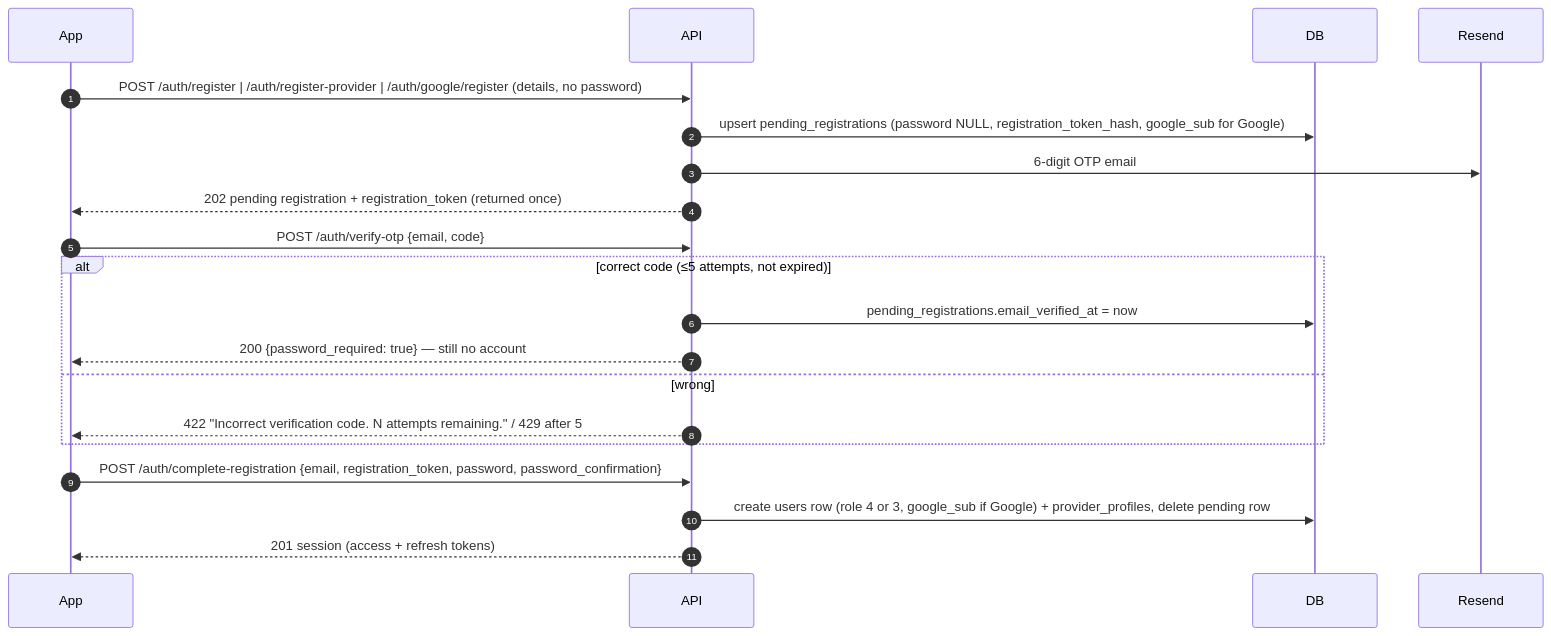
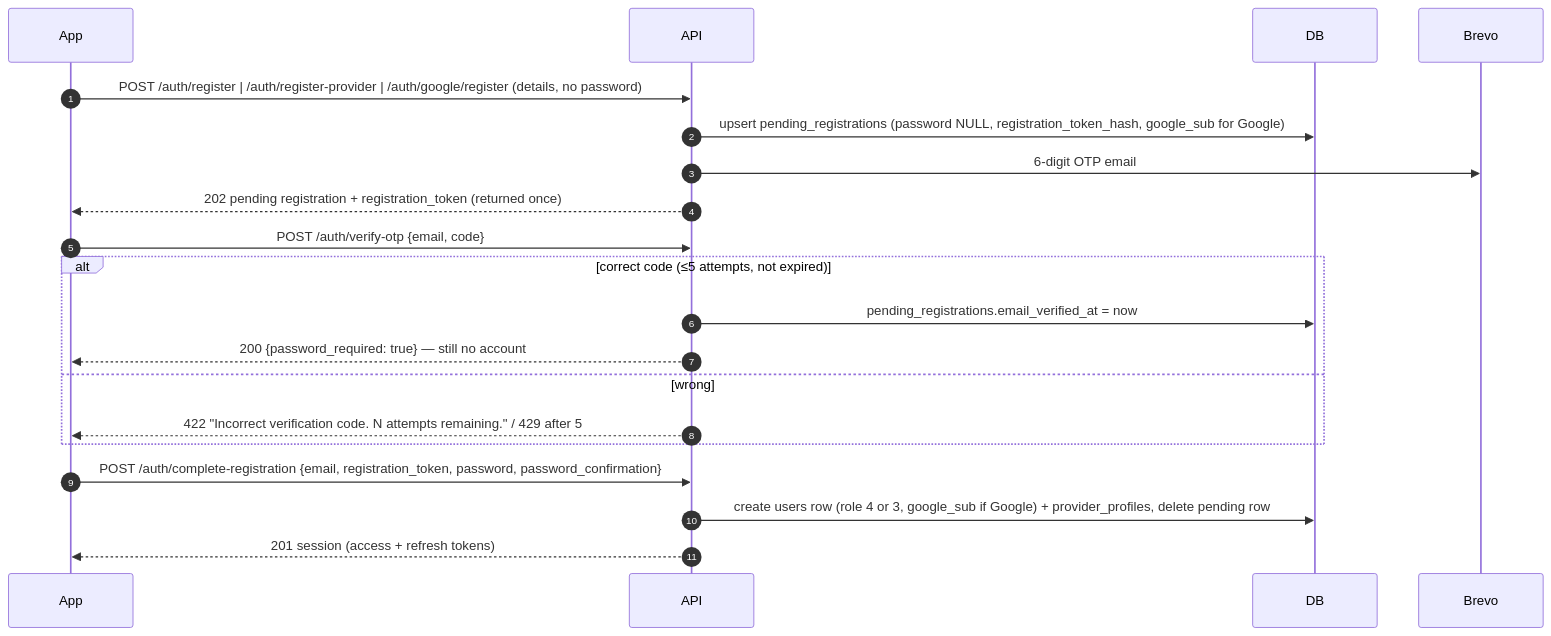
One commit to EarlCao/skillserve-web-root changed the diagram in SkillServe-Vault/02 - Domain & Business Logic/Registration and OTP Flow.md. Above: the diagram before and after it, drawn with Mermaid. The commit also changed other lines of this file and 13 other files, not shown here.

````diff
--- a/SkillServe-Vault/02 - Domain & Business Logic/Registration and OTP Flow.md
+++ b/SkillServe-Vault/02 - Domain & Business Logic/Registration and OTP Flow.md
@@ -24,22 +26,22 @@
 ```mermaid
 sequenceDiagram
   autonumber
   participant App
   participant API
   participant DB
-  participant Mail as Resend
+  participant Mail as Brevo
   App->>API: POST /auth/register | /auth/register-provider | /auth/google/register (details, no password)
   API->>DB: upsert pending_registrations (password NULL, registration_token_hash, google_sub for Google)
   API->>Mail: 6-digit OTP email
   API-->>App: 202 pending registration + registration_token (returned once)
   App->>API: POST /auth/verify-otp {email, code}
   alt correct code (≤5 attempts, not expired)
     API->>DB: pending_registrations.email_verified_at = now
     API-->>App: 200 {password_required: true} — still no account
   else wrong
     API-->>App: 422 "Incorrect verification code. N attempts remaining." / 429 after 5
   end
   App->>API: POST /auth/complete-registration {email, registration_token, password, password_confirmation}
   API->>DB: create users row (role 4 or 3, google_sub if Google) + provider_profiles, delete pending row
   API-->>App: 201 session (access + refresh tokens)
 ```
````
